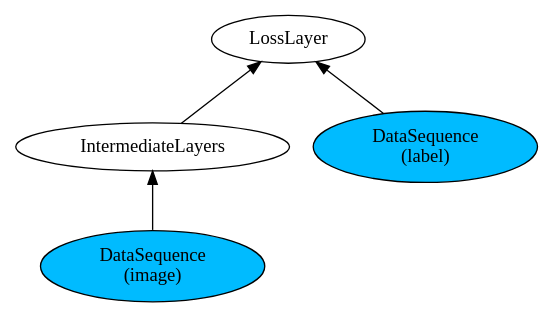
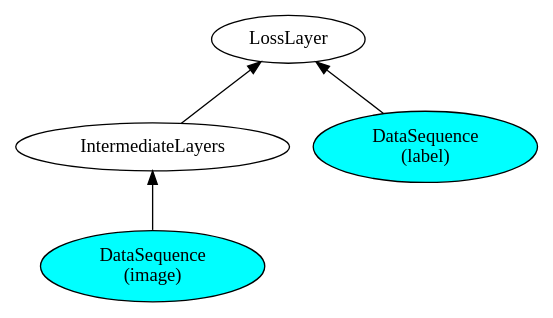
The diagram in abstraction_and_unification_of_data_input/img_label.dot (netheril96/images), drawn with Graphviz before and after one commit. The commit also changed 9 other files, not shown here.

```diff
--- a/abstraction_and_unification_of_data_input/img_label.dot
+++ b/abstraction_and_unification_of_data_input/img_label.dot
@@ -1,8 +1,8 @@
 digraph Network {
     rankdir=BT;
-    d1 [label="DataSequence\n(image)", style="filled", fillcolor="#00BBFF"];
-    d2 [label="DataSequence\n(label)", style="filled", fillcolor="#00BBFF"];
+    d1 [label="DataSequence\n(image)", style="filled", fillcolor="#00FFFF"];
+    d2 [label="DataSequence\n(label)", style="filled", fillcolor="#00FFFF"];
     d1 -> IntermediateLayers;
     IntermediateLayers -> LossLayer;
     d2 -> LossLayer;
 }
```
